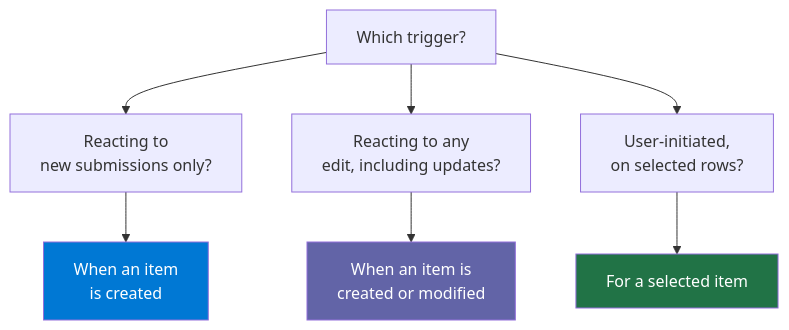
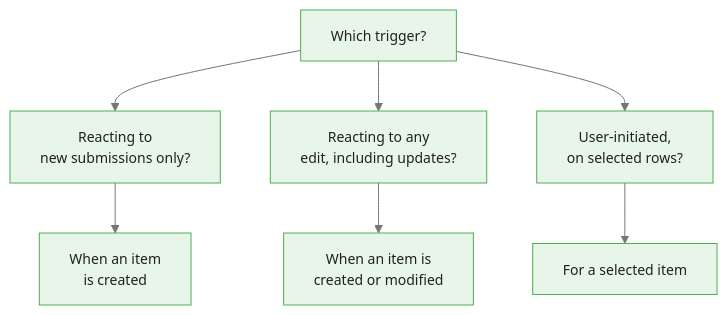
The second of 10 diagrams in courses/power-automate/modules/module_05_sharepoint_excel/guides/01_sharepoint_integration_slides.md (m-deane/course-creator), drawn with Mermaid before and after one commit. The commit also changed other lines of this file and 72 other files, not shown here.

````diff
--- a/courses/power-automate/modules/module_05_sharepoint_excel/guides/01_sharepoint_integration_slides.md
+++ b/courses/power-automate/modules/module_05_sharepoint_excel/guides/01_sharepoint_integration_slides.md
@@ -50,13 +53,11 @@
 ```mermaid
+%%{init: {"theme": "base", "themeVariables": {"primaryColor": "#e8f5e9", "primaryBorderColor": "#4caf50", "primaryTextColor": "#212121", "secondaryColor": "#e3f2fd", "tertiaryColor": "#fff8e1", "lineColor": "#757575", "fontFamily": "Inter, sans-serif", "fontSize": "14px"}}}%%
 graph TD
     A["Which trigger?"]
     A --> B["Reacting to\nnew submissions only?"]
     A --> C["Reacting to any\nedit, including updates?"]
     A --> D["User-initiated,\non selected rows?"]
     B --> T1["When an item\nis created"]
     C --> T2["When an item is\ncreated or modified"]
     D --> T3["For a selected item"]
-    style T1 fill:#0078D4,color:#fff
-    style T2 fill:#6264A7,color:#fff
-    style T3 fill:#217346,color:#fff
 ```
````
